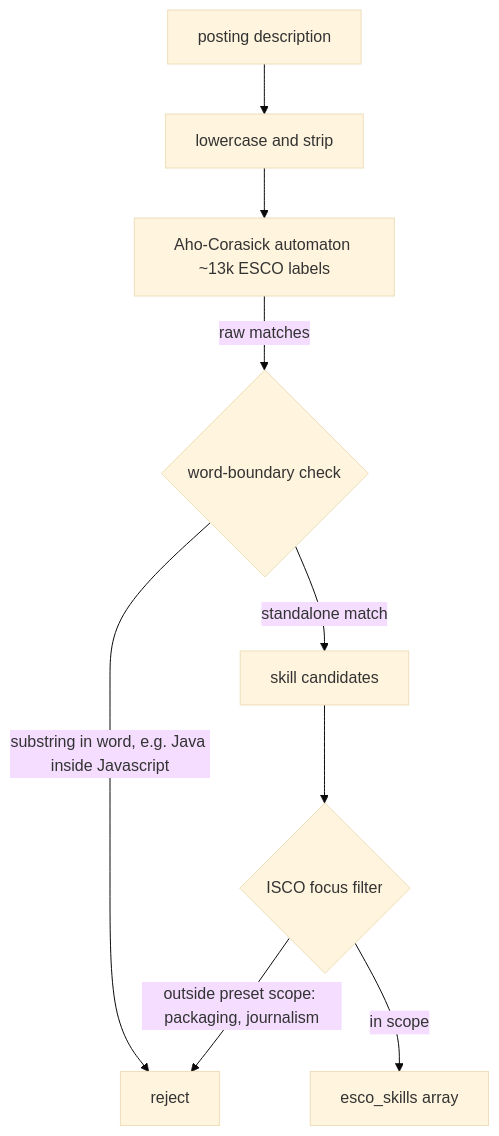
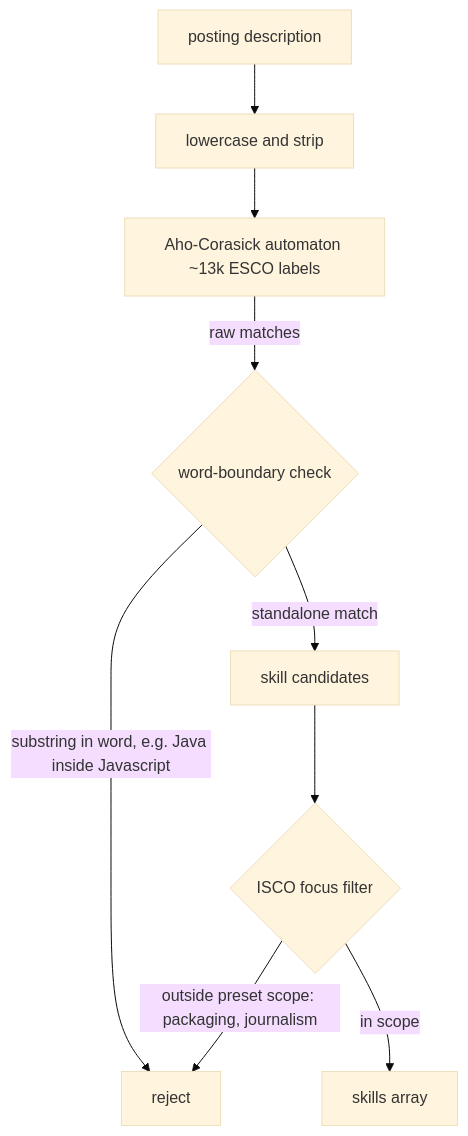
Before and after one commit to alex-wu/jobmarket_analyzer: the second of 2 diagrams in site/src/methodology.md, drawn with Mermaid (base theme). The commit also changed other lines of this file and 22 other files, not shown here.

````diff
--- a/site/src/methodology.md
+++ b/site/src/methodology.md
@@ -33,11 +35,11 @@
 ```mermaid
 flowchart TD
   A[posting description] --> B[lowercase and strip]
   B --> C[Aho-Corasick automaton ~13k ESCO labels]
   C -->|raw matches| D{word-boundary check}
   D -->|substring in word, e.g. Java inside Javascript| X[reject]
   D -->|standalone match| E[skill candidates]
   E --> F{ISCO focus filter}
   F -->|outside preset scope: packaging, journalism| X
-  F -->|in scope| G[esco_skills array]
+  F -->|in scope| G[skills array]
 ```
````
